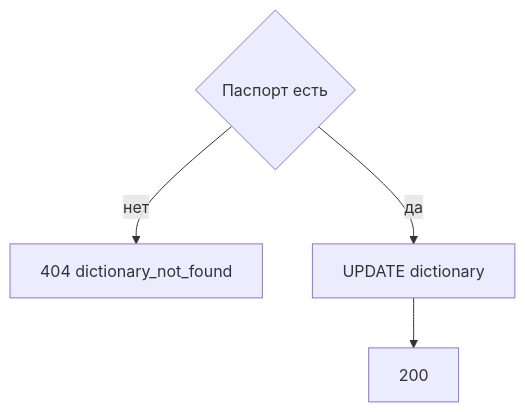
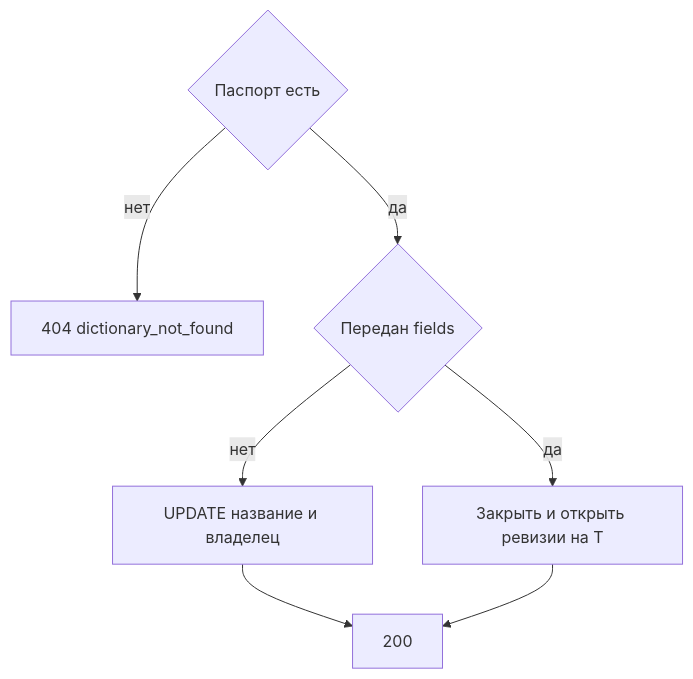
The diagram in docs/1. functional/specification/v2 - 1 таблица/api/management.api/MetadataController/patch_dictionary.md (StrannikE95/reference_data), drawn with Mermaid before and after one commit. The commit also changed other lines of this file and 10 other files, not shown here.

````diff
--- a/docs/1. functional/specification/v2 - 1 таблица/api/management.api/MetadataController/patch_dictionary.md
+++ b/docs/1. functional/specification/v2 - 1 таблица/api/management.api/MetadataController/patch_dictionary.md
@@ -73,6 +92,9 @@
 ```mermaid
 flowchart TD
   found{"Паспорт есть"} -->|нет| miss["404 dictionary_not_found"]
-  found -->|да| save["UPDATE dictionary"]
+  found -->|да| cols{"Передан fields"}
+  cols -->|нет| save["UPDATE название и владелец"]
+  cols -->|да| rev["Закрыть и открыть ревизии на T"]
   save --> ok["200"]
+  rev --> ok
 ```
````
